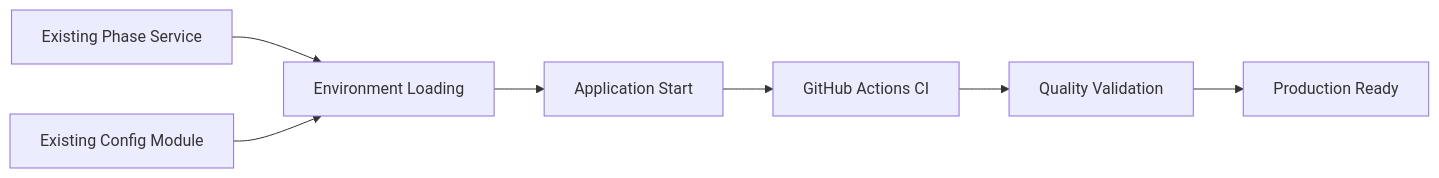
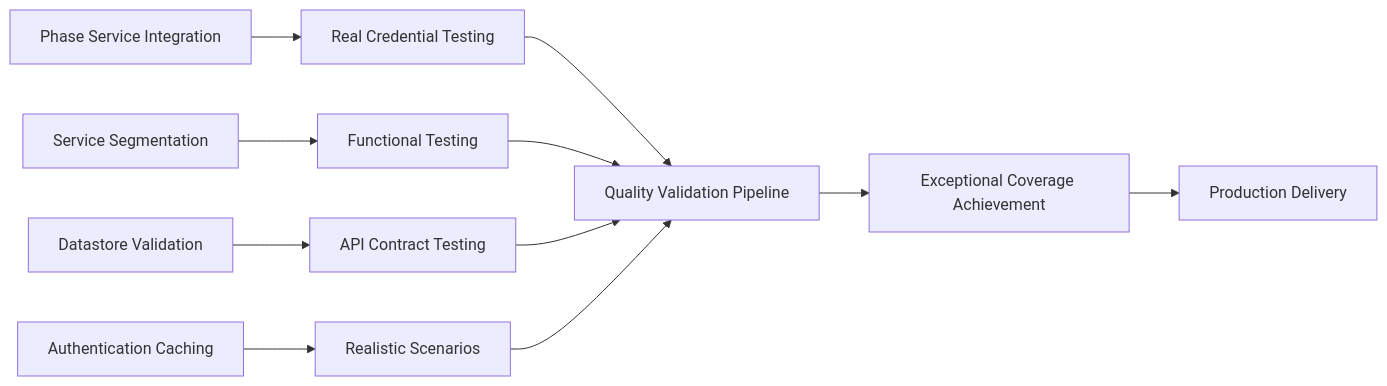
Before and after one commit to EtherealVisions/c9d-ai: the second of 3 diagrams in .kiro/specs/production-delivery-readiness/design.md, drawn with Mermaid. The commit also changed other lines of this file and 365 other files, not shown here.

Commit message:
feat: Production Delivery Readiness, Task 2.1, 2.2, 2.3

````diff
--- a/.kiro/specs/production-delivery-readiness/design.md
+++ b/.kiro/specs/production-delivery-readiness/design.md
@@ -23,9 +26,13 @@
 ```mermaid
 graph LR
-    A[Existing Phase Service] --> B[Environment Loading]
-    C[Existing Config Module] --> B
-    B --> D[Application Start]
-    D --> E[GitHub Actions CI]
-    E --> F[Quality Validation]
-    F --> G[Production Ready]
+    A[Phase Service Integration] --> B[Real Credential Testing]
+    C[Service Segmentation] --> D[Functional Testing]
+    E[Datastore Validation] --> F[API Contract Testing]
+    G[Authentication Caching] --> H[Realistic Scenarios]
+    B --> I[Quality Validation Pipeline]
+    D --> I
+    F --> I
+    H --> I
+    I --> J[Exceptional Coverage Achievement]
+    J --> K[Production Delivery]
 ```
````
